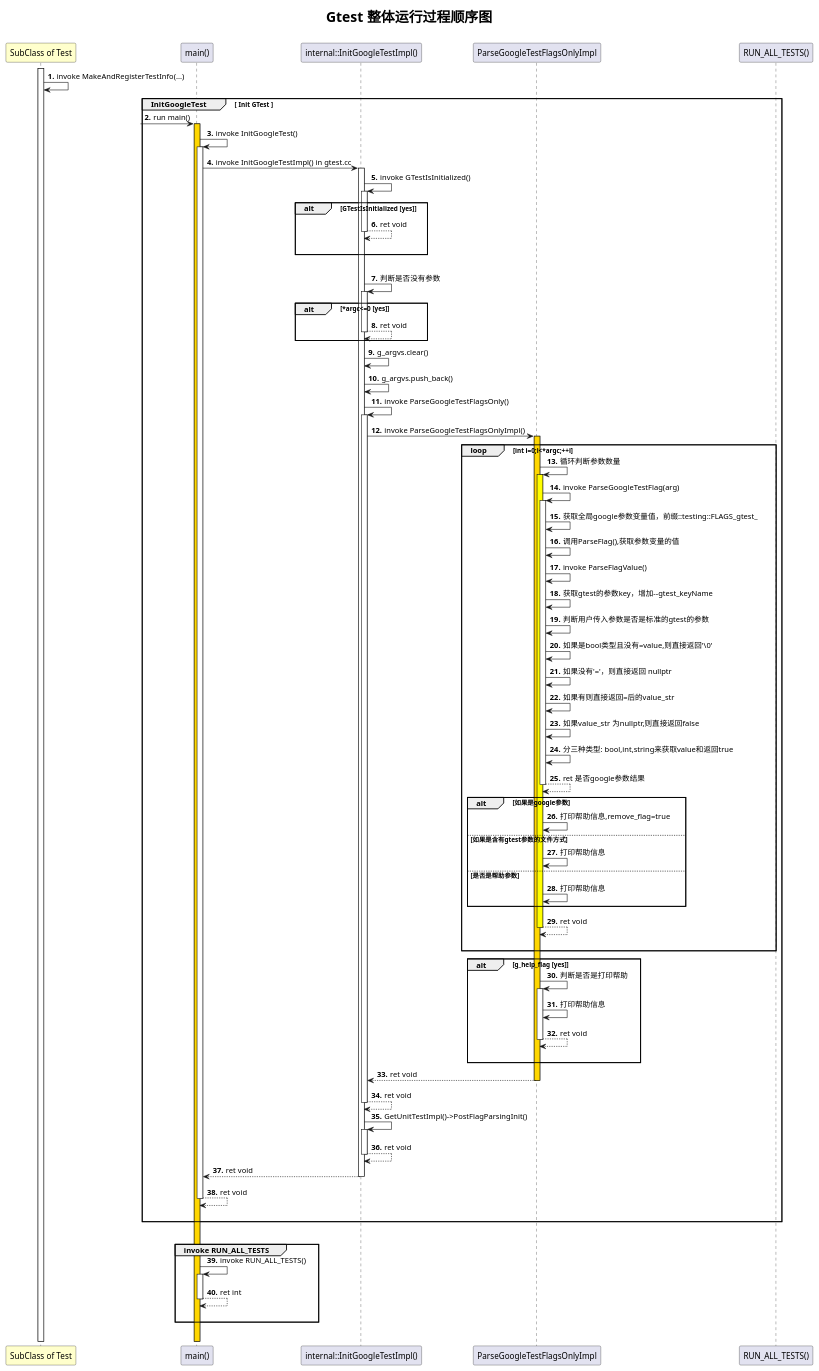
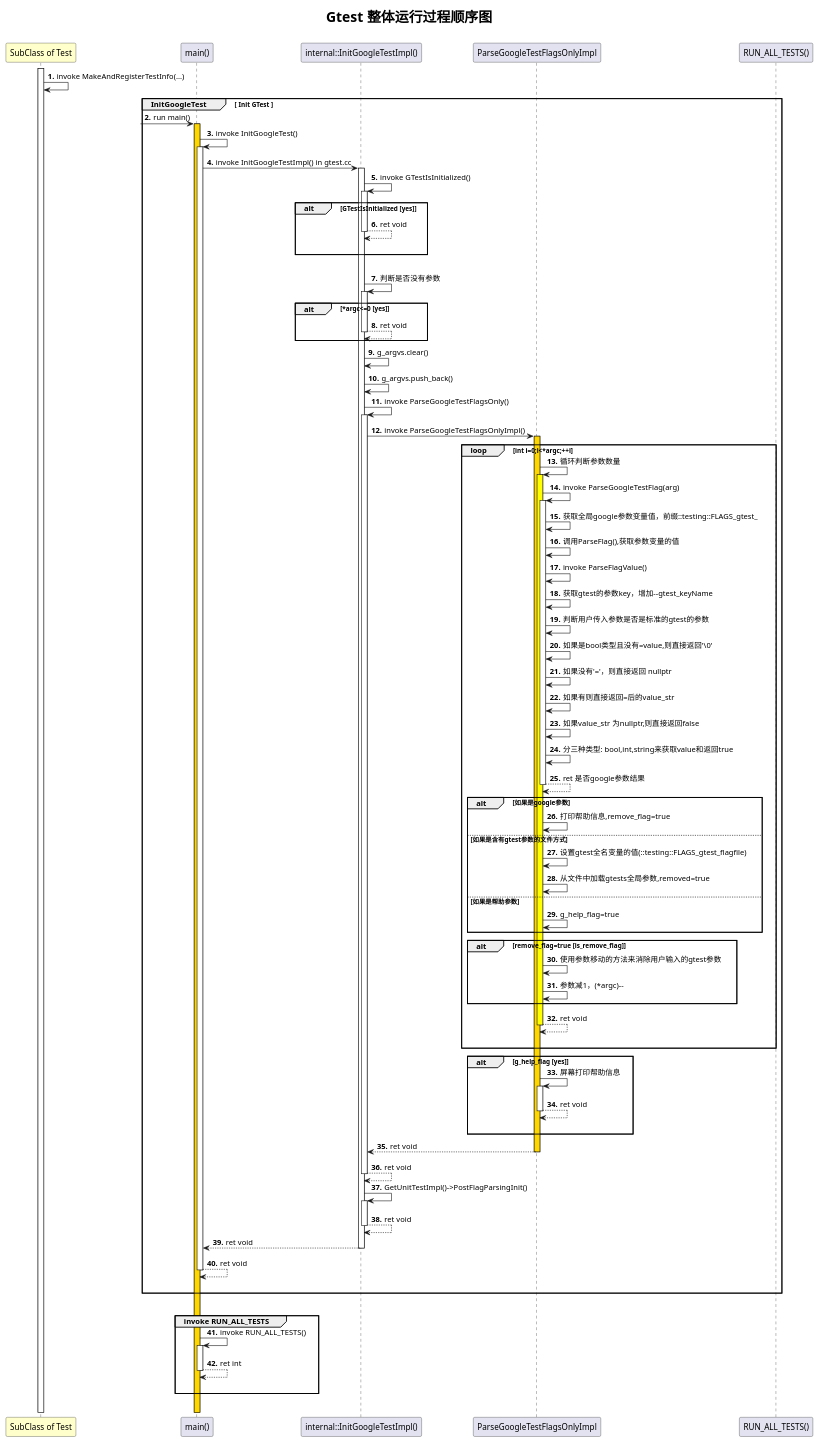
One commit to yanxueweicn/tdd_dev changed the diagram in gtest_global_run_process_sequence_diagram.puml. Above: the diagram before and after it, drawn with PlantUML.

Commit message:
增加更详细的参明说明

```diff
--- a/gtest_global_run_process_sequence_diagram.puml
+++ b/gtest_global_run_process_sequence_diagram.puml
@@ -1,119 +1,124 @@
 @startuml
 'https://plantuml.com/sequence-diagram
 title
  <b><font size="24">Gtest 整体运行过程顺序图</font></b>
 
 end title
 
 'actor boundary control collections database entity queue
 'participant "SubClass of Test"  as Test  << (C,#add1b2) subclass >> order -2 #business
 participant "SubClass of Test"  as Test  order -2 #business
 participant "main()" as main
 participant "internal::InitGoogleTestImpl()" as init_impl
 participant "ParseGoogleTestFlagsOnlyImpl" as ParseGoogleTestFlagsOnlyImpl
 participant "RUN_ALL_TESTS()" as  run_all_tests order 100
 
 
 'autonumber start increment "<u>0|#.</u>"
 autonumber 1 1 "<b>."
 
 'activate participant #colouml_sequence_diagram.pumlr
 activate Test
 'participant -> participant ++|--|**|!! #color"
 Test -> Test  : invoke MakeAndRegisterTestInfo(...)
 
 /'
 group 主标题 [副标题]
     bob -[#red]> alice : hello
     [-> alice : DoWork
     create actor|control|boundary|control|... participant
     bob -> participant : new
     / (h|r)note left|right|over|across of alice: this is note
     ref over bob,alice : init
     ... 5分钟后 ...
     bob <[#blue]- alice : ret
     |||
     ||40||
     alt#alt背景色 #整体背景色 主标题
         break|critical|loop|opt|par 主标题
 
         end
     else 标题
 
     else 标题2
 
     end
 end
 '/
 
 group InitGoogleTest [ Init GTest ]
     ?-> main  ++ #gold : run main()
     main -> main ++ : invoke InitGoogleTest()
     main -> init_impl ++ : invoke InitGoogleTestImpl() in gtest.cc
     init_impl -> init_impl ++ : invoke GTestIsInitialized()
     alt GTestIsInitialized [yes]
         return ret void
         |||
     end
     |||
     init_impl -> init_impl ++ : 判断是否没有参数
     alt *argc<=0 [yes]
         return ret void
     end
     init_impl -> init_impl : g_argvs.clear()
     init_impl -> init_impl : g_argvs.push_back()
 
     init_impl -> init_impl ++ : invoke ParseGoogleTestFlagsOnly()
         init_impl -> ParseGoogleTestFlagsOnlyImpl ++ #gold : invoke ParseGoogleTestFlagsOnlyImpl()
             loop  int i=0;i<*argc;++i
                 ParseGoogleTestFlagsOnlyImpl -> ParseGoogleTestFlagsOnlyImpl ++ #yellow : 循环判断参数数量
                     ParseGoogleTestFlagsOnlyImpl -> ParseGoogleTestFlagsOnlyImpl ++ : invoke ParseGoogleTestFlag(arg)
                         ParseGoogleTestFlagsOnlyImpl -> ParseGoogleTestFlagsOnlyImpl  : 获取全局google参数变量值，前缀::testing::FLAGS_gtest_
                         ParseGoogleTestFlagsOnlyImpl -> ParseGoogleTestFlagsOnlyImpl  : 调用ParseFlag(),获取参数变量的值
                         ParseGoogleTestFlagsOnlyImpl -> ParseGoogleTestFlagsOnlyImpl  : invoke ParseFlagValue()
                         ParseGoogleTestFlagsOnlyImpl -> ParseGoogleTestFlagsOnlyImpl  : 获取gtest的参数key，增加--gtest_keyName
                         ParseGoogleTestFlagsOnlyImpl -> ParseGoogleTestFlagsOnlyImpl  : 判断用户传入参数是否是标准的gtest的参数
                         ParseGoogleTestFlagsOnlyImpl -> ParseGoogleTestFlagsOnlyImpl  : 如果是bool类型且没有=value,则直接返回'\0'
                         ParseGoogleTestFlagsOnlyImpl -> ParseGoogleTestFlagsOnlyImpl  : 如果没有'='，则直接返回 nullptr
                         ParseGoogleTestFlagsOnlyImpl -> ParseGoogleTestFlagsOnlyImpl  : 如果有则直接返回=后的value_str
                         ParseGoogleTestFlagsOnlyImpl -> ParseGoogleTestFlagsOnlyImpl  : 如果value_str 为nullptr,则直接返回false
                         ParseGoogleTestFlagsOnlyImpl -> ParseGoogleTestFlagsOnlyImpl  : 分三种类型: bool,int,string来获取value和返回true
                     return ret 是否google参数结果
 
                     alt 如果是google参数
                         ParseGoogleTestFlagsOnlyImpl -> ParseGoogleTestFlagsOnlyImpl  : 打印帮助信息,remove_flag=true
                     else 如果是含有gtest参数的文件方式
-                        ParseGoogleTestFlagsOnlyImpl -> ParseGoogleTestFlagsOnlyImpl  : 打印帮助信息
-                    else 是否是帮助参数
-                        ParseGoogleTestFlagsOnlyImpl -> ParseGoogleTestFlagsOnlyImpl  : 打印帮助信息
+                        ParseGoogleTestFlagsOnlyImpl -> ParseGoogleTestFlagsOnlyImpl  : 设置gtest全名变量的值(::testing::FLAGS_gtest_flagfile)
+                        ParseGoogleTestFlagsOnlyImpl -> ParseGoogleTestFlagsOnlyImpl  : 从文件中加载gtests全局参数,removed=true
+                    else 如果是帮助参数
+                        ParseGoogleTestFlagsOnlyImpl -> ParseGoogleTestFlagsOnlyImpl  : g_help_flag=true
+                    end
+
+                    alt remove_flag=true [is_remove_flag]
+                        ParseGoogleTestFlagsOnlyImpl -> ParseGoogleTestFlagsOnlyImpl  : 使用参数移动的方法来消除用户输入的gtest参数
+                        ParseGoogleTestFlagsOnlyImpl -> ParseGoogleTestFlagsOnlyImpl  : 参数减1，(*argc)--
                     end
                 return ret void
                 |||
             end
 
             alt g_help_flag [yes]
-                ParseGoogleTestFlagsOnlyImpl -> ParseGoogleTestFlagsOnlyImpl ++ : 判断是否是打印帮助
-                    ParseGoogleTestFlagsOnlyImpl -> ParseGoogleTestFlagsOnlyImpl  : 打印帮助信息
+                ParseGoogleTestFlagsOnlyImpl -> ParseGoogleTestFlagsOnlyImpl ++ : 屏幕打印帮助信息
                 return ret void
                 |||
             end
-        return ret void
+         return ret void
     return ret void
 
     init_impl -> init_impl ++ : GetUnitTestImpl()->PostFlagParsingInit()
     return ret void
     return ret void
     return ret void
     |||
 end
 |||
 
 
 group invoke RUN_ALL_TESTS
     main -> main ++ :invoke RUN_ALL_TESTS()
     return ret int
    |||
 end
 |||
 
 @enduml
```
